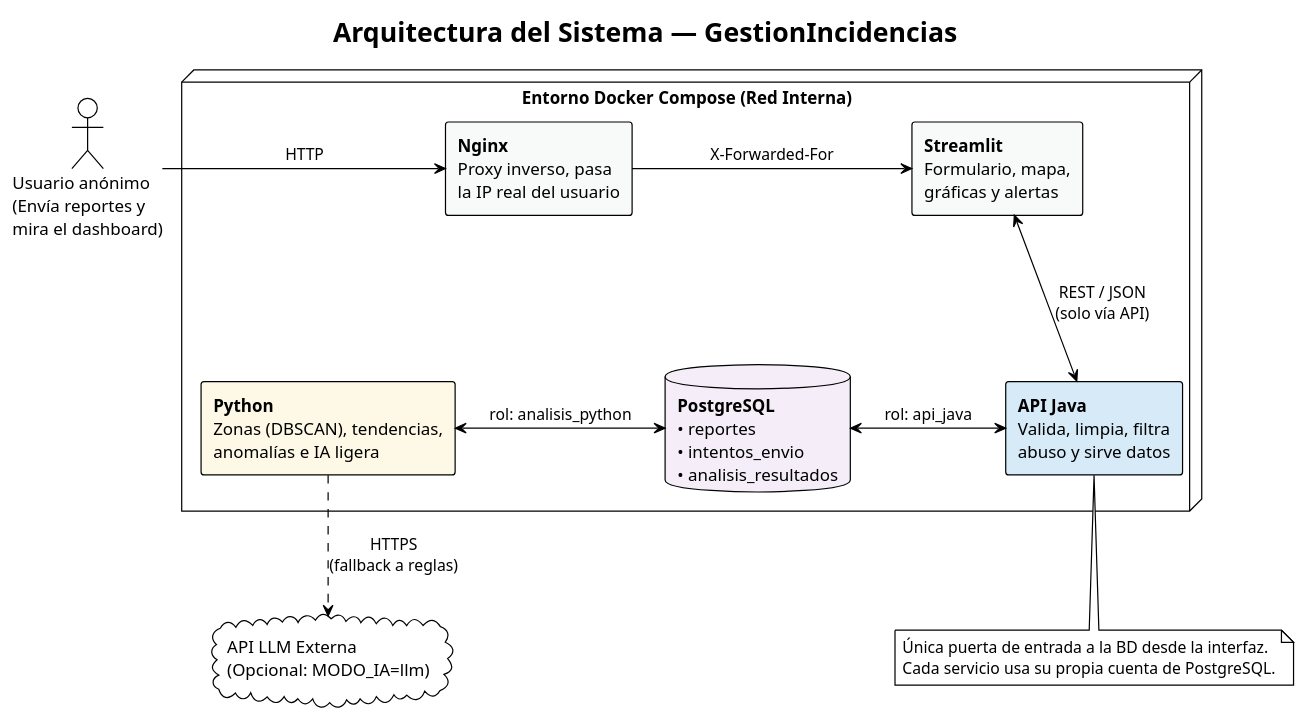
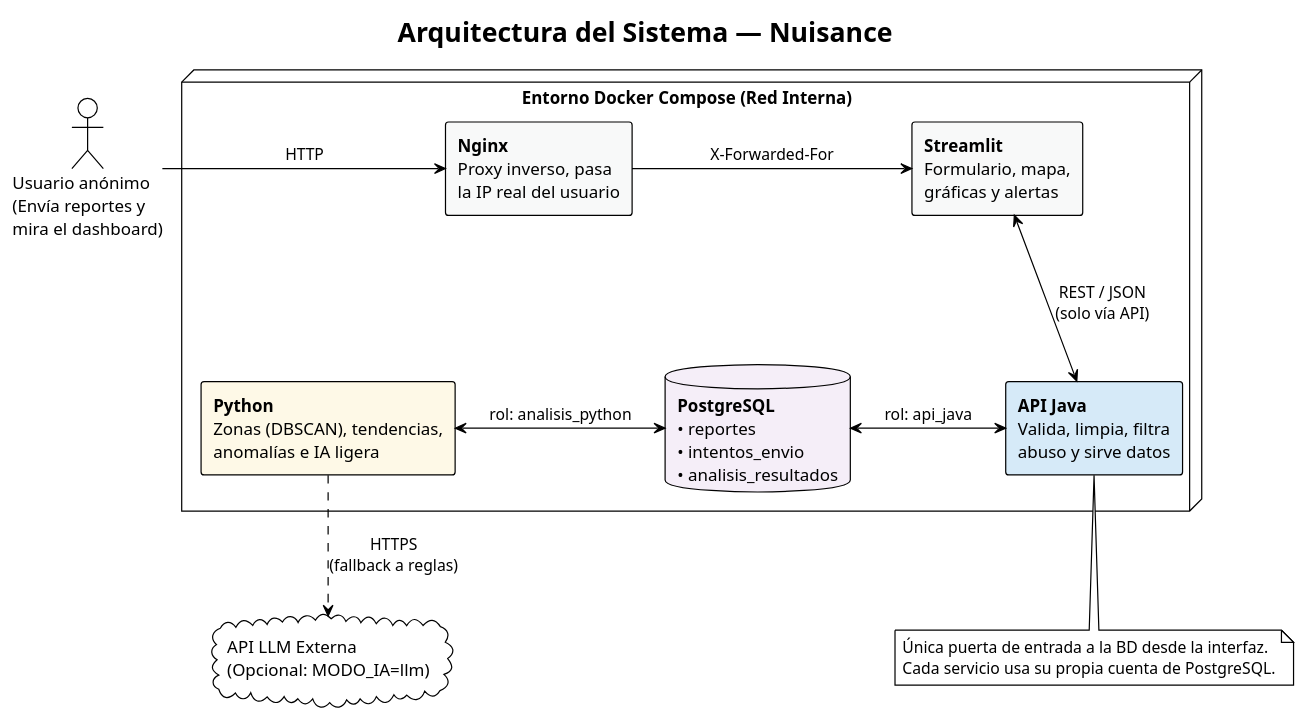
Before and after one commit to disaredondo/GestionIncidencias: the diagram in Diagramas/DiagramaArquitectura/DiagramaArquitecturaCompleto.puml, drawn with PlantUML.

Commit message:
Cambiando al nuevo nombre

```diff
--- a/Diagramas/DiagramaArquitectura/DiagramaArquitecturaCompleto.puml
+++ b/Diagramas/DiagramaArquitectura/DiagramaArquitecturaCompleto.puml
@@ -1,40 +1,40 @@
 @startuml DiagramaArquitectura
 !theme plain
 skinparam componentStyle rectangle
 skinparam shadowing false
 skinparam nodesep 55
 skinparam ranksep 65
 
-title Arquitectura del Sistema — GestionIncidencias
+title Arquitectura del Sistema — Nuisance
 
 actor "Usuario anónimo\n(Envía reportes y\nmira el dashboard)" as Usuario
 
 node "Entorno Docker Compose (Red Interna)" {
 
     component "**Nginx**\nProxy inverso, pasa\nla IP real del usuario" as Nginx #F8F9F9
 
     component "**Streamlit**\nFormulario, mapa,\ngráficas y alertas" as Streamlit #F8F9F9
 
     component "**API Java**\nValida, limpia, filtra\nabuso y sirve datos" as Java #D6EAF8
 
     database "**PostgreSQL**\n• reportes\n• intentos_envio\n• analisis_resultados" as DB #F5EEF8
 
     component "**Python**\nZonas (DBSCAN), tendencias,\nanomalías e IA ligera" as Python #FEF9E7
 }
 
 cloud "API LLM Externa\n(Opcional: MODO_IA=llm)" as LLM
 
 ' Conexiones principales
 Usuario -right-> Nginx : HTTP
 Nginx -right-> Streamlit : X-Forwarded-For
 Streamlit <-down-> Java : REST / JSON\n(solo vía API)
 Java <-left-> DB : rol: api_java
 Python <-right-> DB : rol: analisis_python
 Python ..> LLM : HTTPS\n(fallback a reglas)
 
 note bottom of Java
   Única puerta de entrada a la BD desde la interfaz.
   Cada servicio usa su propia cuenta de PostgreSQL.
 end note
 
 @enduml
```
